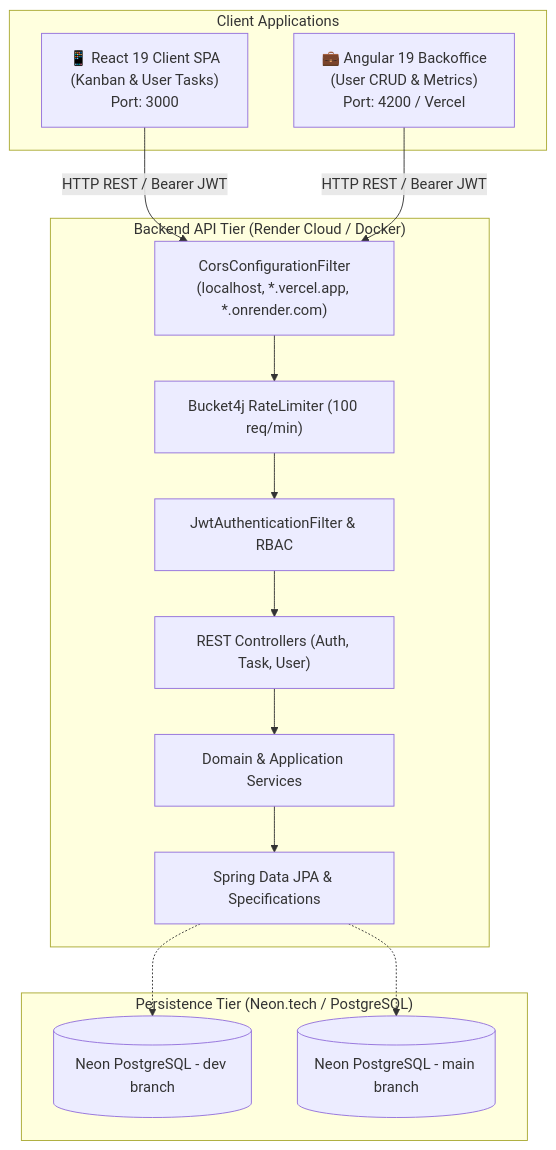
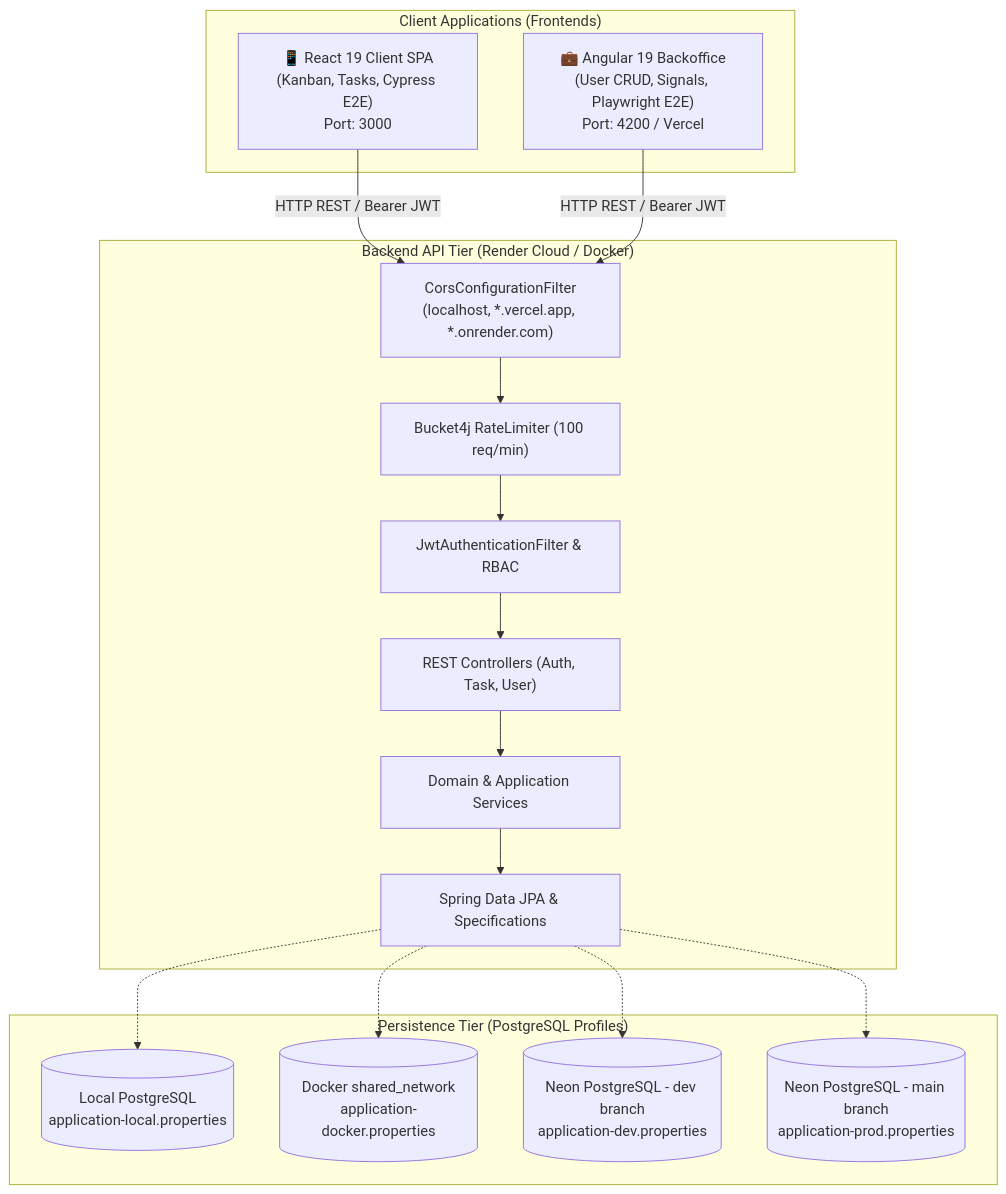
The first of 2 diagrams in README.md (DiegoVilla27/task-manager-system), drawn with Mermaid before and after one commit. The commit also changed other lines of this file and 577 other files, not shown here.

````diff
--- a/README.md
+++ b/README.md
@@ -32,28 +34,32 @@
 ```mermaid
 flowchart TB
-    subgraph Users ["Client Applications"]
-        ClientApp["📱 React 19 Client SPA<br/>(Kanban & User Tasks)<br/>Port: 3000"]
-        BackofficeApp["💼 Angular 19 Backoffice<br/>(User CRUD & Metrics)<br/>Port: 4200 / Vercel"]
+    subgraph Users ["Client Applications (Frontends)"]
+        ClientApp["📱 React 19 Client SPA<br/>(Kanban, Tasks, Cypress E2E)<br/>Port: 3000"]
+        BackofficeApp["💼 Angular 19 Backoffice<br/>(User CRUD, Signals, Playwright E2E)<br/>Port: 4200 / Vercel"]
     end
 
     subgraph BackendTier ["Backend API Tier (Render Cloud / Docker)"]
         CORS["CorsConfigurationFilter<br/>(localhost, *.vercel.app, *.onrender.com)"]
         RateLimit["Bucket4j RateLimiter (100 req/min)"]
         Security["JwtAuthenticationFilter & RBAC"]
         Controllers["REST Controllers (Auth, Task, User)"]
         Services["Domain & Application Services"]
         JPA["Spring Data JPA & Specifications"]
 
         CORS --> RateLimit --> Security --> Controllers --> Services --> JPA
     end
 
-    subgraph DataTier ["Persistence Tier (Neon.tech / PostgreSQL)"]
-        NeonDev[(Neon PostgreSQL - dev branch)]
-        NeonProd[(Neon PostgreSQL - main branch)]
+    subgraph DataTier ["Persistence Tier (PostgreSQL Profiles)"]
+        LocalDB[(Local PostgreSQL<br/>application-local.properties)]
+        DockerDB[(Docker shared_network<br/>application-docker.properties)]
+        NeonDev[(Neon PostgreSQL - dev branch<br/>application-dev.properties)]
+        NeonProd[(Neon PostgreSQL - main branch<br/>application-prod.properties)]
     end
 
     ClientApp -- "HTTP REST / Bearer JWT" --> CORS
     BackofficeApp -- "HTTP REST / Bearer JWT" --> CORS
+    JPA -.-> LocalDB
+    JPA -.-> DockerDB
     JPA -.-> NeonDev
     JPA -.-> NeonProd
 ```
````
